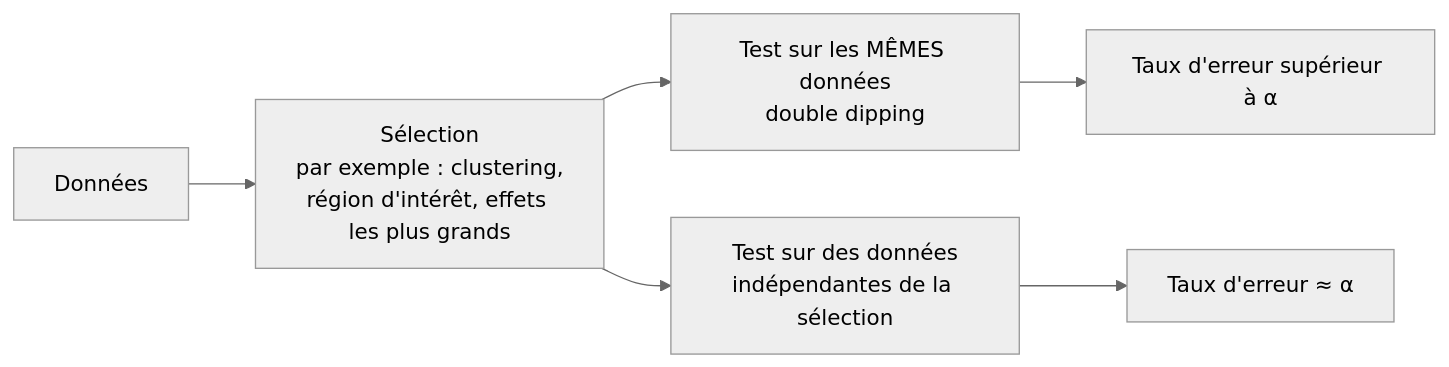
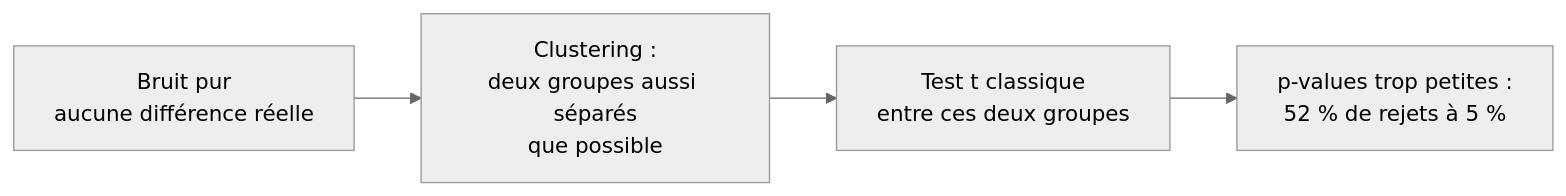
Before and after one commit to aristidinahfaifa-afk/Projet_methodo: the fifth of 7 diagrams in Notes/Mini-cours/cours-erreur-type-1.md, drawn with Mermaid (neutral theme). The commit also changed other lines of this file and 19 other files, not shown here.

````diff
--- a/Notes/Mini-cours/cours-erreur-type-1.md
+++ b/Notes/Mini-cours/cours-erreur-type-1.md
@@ -6030,8 +11649,6 @@
 ```mermaid
 flowchart LR
-    D["Données"] --> S["Sélection<br/>par exemple : clustering,<br/>région d'intérêt, effets les plus grands"]
-    S --> T1["Test sur les MÊMES données<br/>double dipping"]
-    S --> T2["Test sur des données<br/>indépendantes de la sélection"]
-    T1 --> X["Taux d'erreur supérieur à α"]
-    T2 --> OK["Taux d'erreur ≈ α"]
+    N["Bruit pur<br/>aucune différence réelle"] --> C["Clustering :<br/>deux groupes aussi séparés<br/>que possible"]
+    C --> T["Test t classique<br/>entre ces deux groupes"]
+    T --> P["p-values trop petites :<br/>52 % de rejets à 5 %"]
 ```
````
